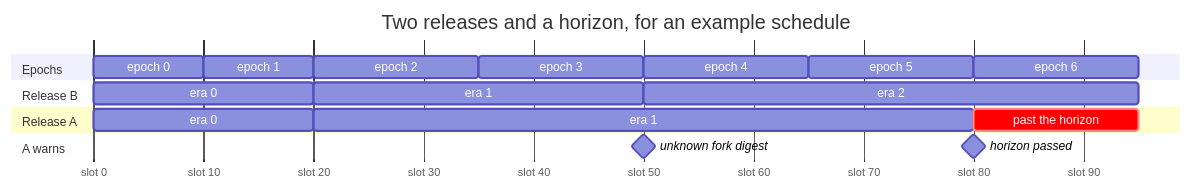
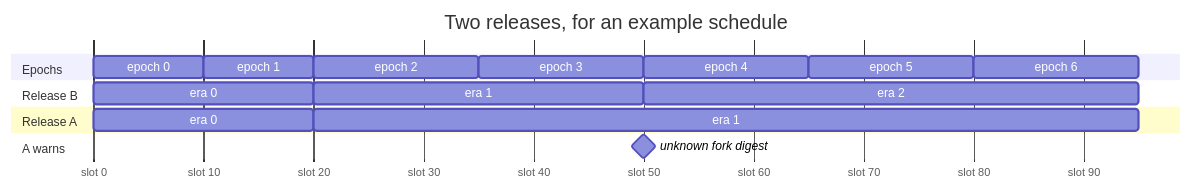
Before and after one commit to logos-co/logos-lips: the fourth of 7 diagrams in docs/blockchain/raw/bedrock-eras.md, drawn with Mermaid. The commit also changed other lines of this file, not shown here.

Commit message:
docs(blockchain): drop the release horizon and keep the unknown fork digest warning

````diff
--- a/docs/blockchain/raw/bedrock-eras.md
+++ b/docs/blockchain/raw/bedrock-eras.md
@@ -124,30 +124,28 @@
 ```mermaid
 ---
 displayMode: compact
 ---
 gantt
-    title Two releases and a horizon, for an example schedule
+    title Two releases, for an example schedule
     dateFormat X
     axisFormat slot %s
     tickInterval 10second
     todayMarker off
     section Epochs
         epoch 0 : p0, 0, 10s
         epoch 1 : p1, after p0, 10s
         epoch 2 : p2, after p1, 15s
         epoch 3 : p3, after p2, 15s
         epoch 4 : p4, after p3, 15s
         epoch 5 : p5, after p4, 15s
         epoch 6 : p6, after p5, 15s
     section Release B
         era 0 : b0, 0, 20s
         era 1 : b1, after b0, 30s
         era 2 : b2, after b1, 45s
     section Release A
         era 0 : a0, 0, 20s
-        era 1 : a1, after a0, 60s
-        past the horizon : crit, a2, after a1, 15s
+        era 1 : a1, after a0, 75s
     section A warns
         unknown fork digest : milestone, w1, after b1, 0s
-        horizon passed : milestone, w2, after a1, 0s
 ```
````
